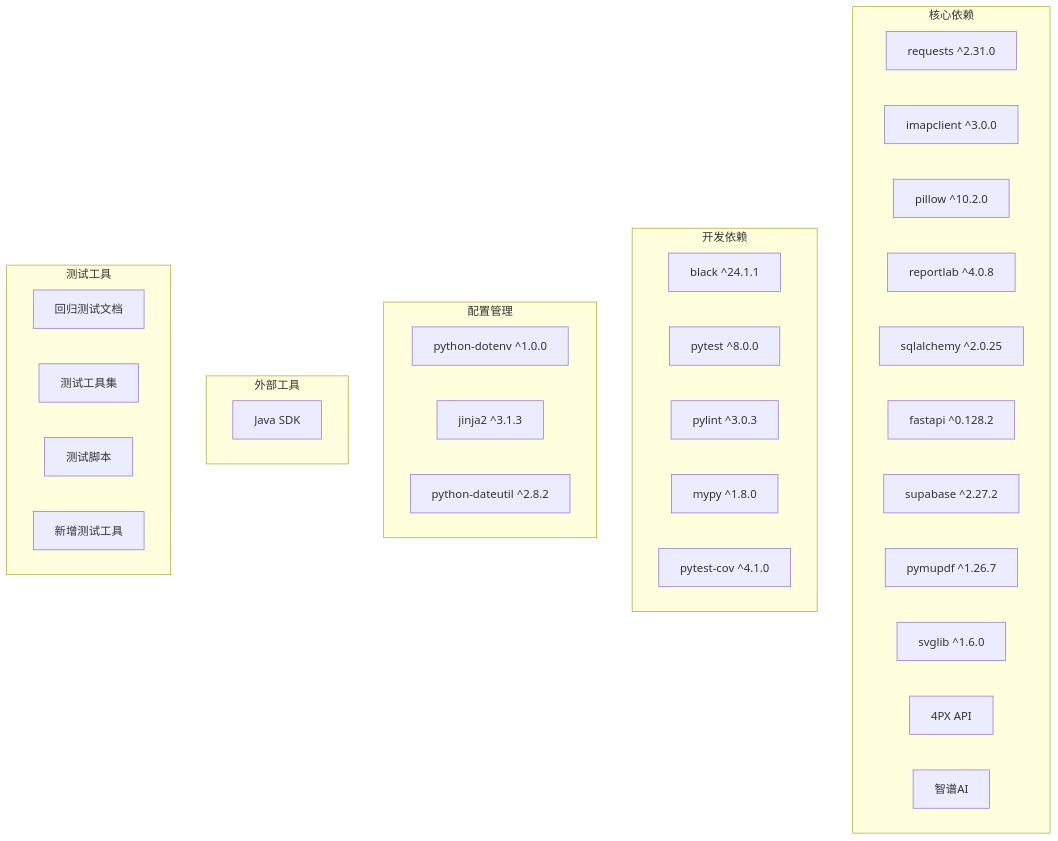
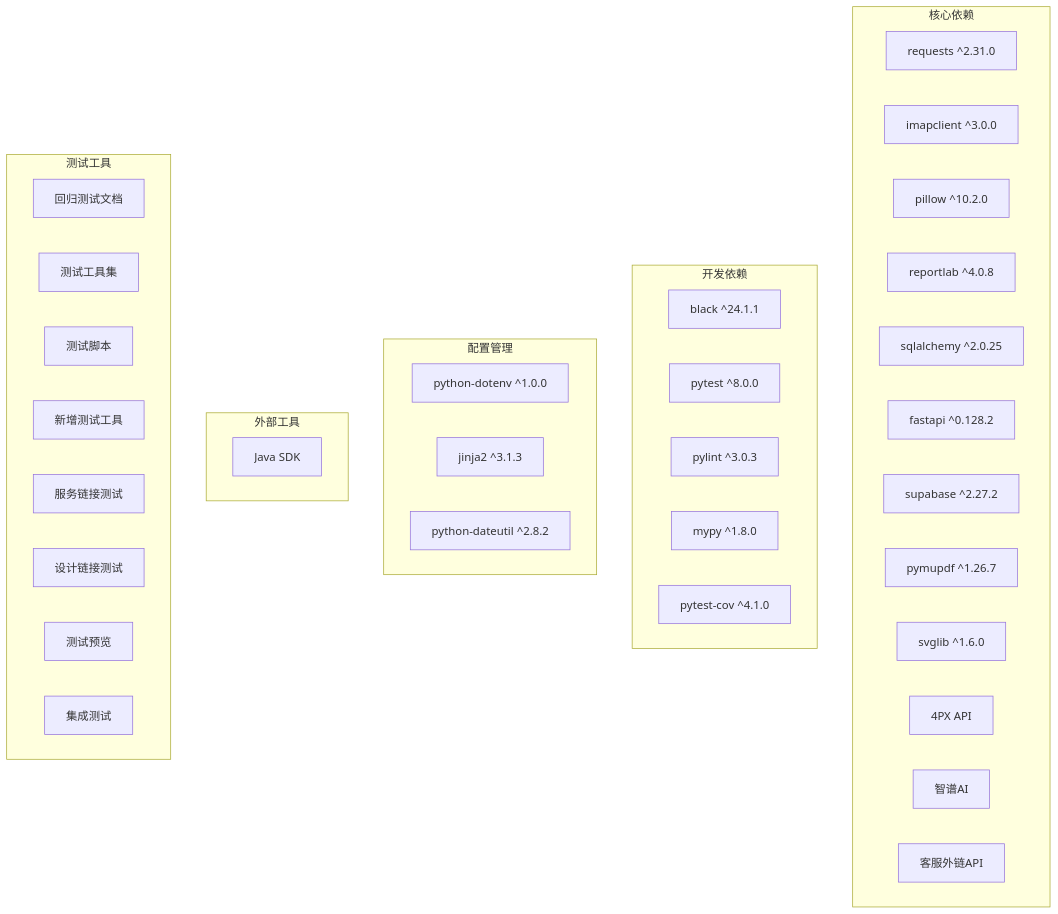
One commit to SY6621/POD-Order-Management changed diagram 50 of 50 in .qoder/repowiki/zh/content/开发指南/测试与开发工具/测试与开发工具.md. Above: the diagram before and after it, drawn with Mermaid. The commit also changed other lines of this file and 15 other files, not shown here.

````diff
--- a/.qoder/repowiki/zh/content/开发指南/测试与开发工具/测试与开发工具.md
+++ b/.qoder/repowiki/zh/content/开发指南/测试与开发工具/测试与开发工具.md
@@ -1622,37 +2063,42 @@
 ```mermaid
 graph TB
 subgraph "核心依赖"
 Requests[requests ^2.31.0]
 IMAPClient[imapclient ^3.0.0]
 Pillow[pillow ^10.2.0]
 ReportLab[reportlab ^4.0.8]
 SQLAlchemy[sqlalchemy ^2.0.25]
 FastAPI[fastapi ^0.128.2]
 Supabase[supabase ^2.27.2]
 PyMuPDF[pymupdf ^1.26.7]
 SVGlib[svglib ^1.6.0]
 4PXAPI[4PX API]
 ZhipuAI[智谱AI]
+ServiceLinkAPI[客服外链API]
 end
 subgraph "开发依赖"
 Black[black ^24.1.1]
 PyTest[pytest ^8.0.0]
 Pylint[pylint ^3.0.3]
 MyPy[mypy ^1.8.0]
 PyTestCov[pytest-cov ^4.1.0]
 end
 subgraph "配置管理"
 DotEnv[python-dotenv ^1.0.0]
 Jinja2[jinja2 ^3.1.3]
 DateUtil[python-dateutil ^2.8.2]
 end
 subgraph "外部工具"
 JavaSDK[Java SDK]
 end
 subgraph "测试工具"
 RegressionTest[回归测试文档]
 TestTools[测试工具集]
 TestScripts[测试脚本]
 NewTestTools[新增测试工具]
+ServiceLinkTest[服务链接测试]
+DesignLinkTest[设计链接测试]
+TestPreviews[测试预览]
+IntegrationTest[集成测试]
 end
 ```
````
